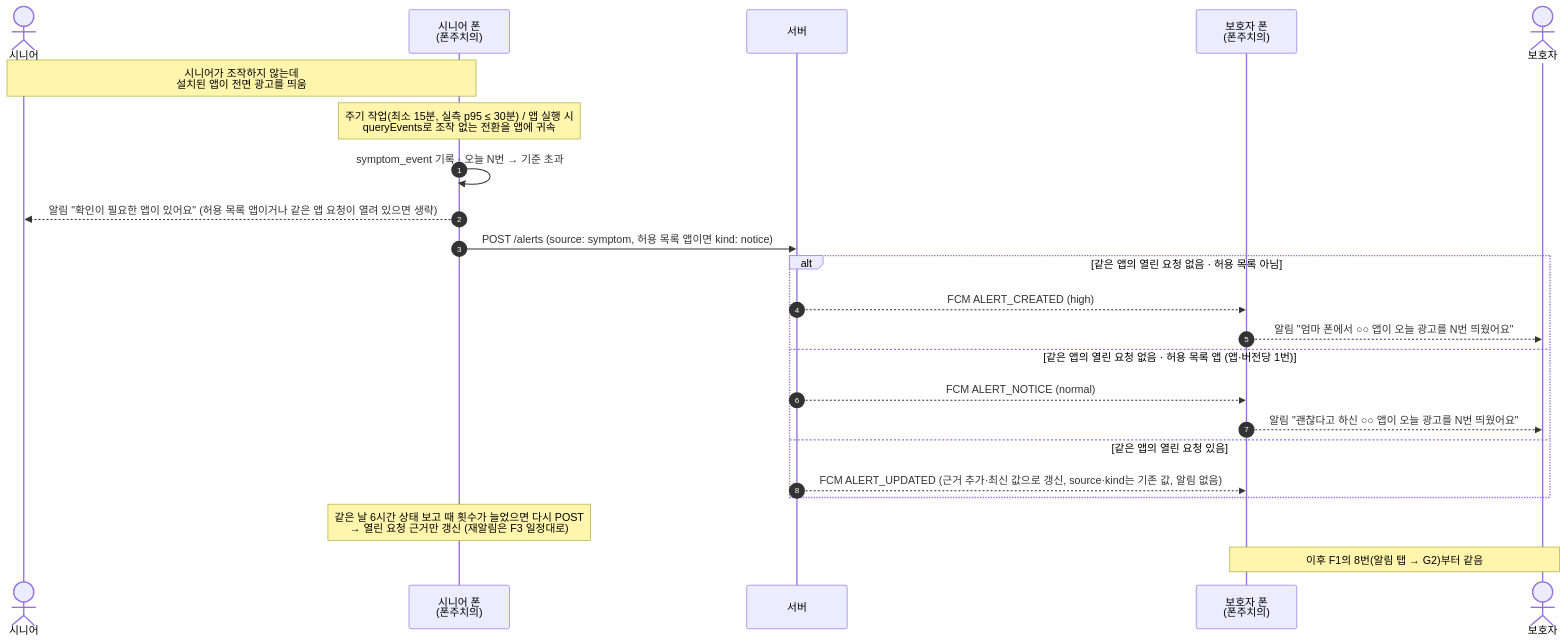
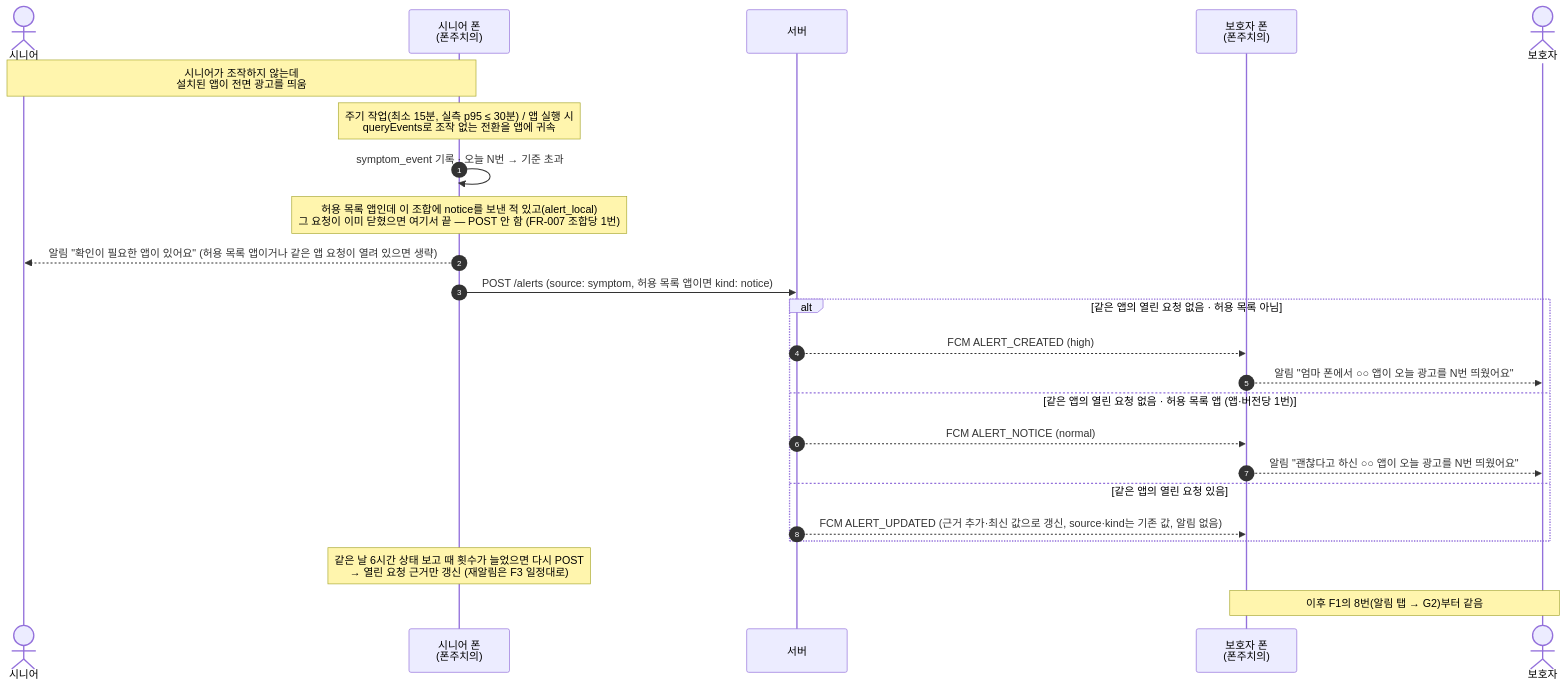
Before and after one commit to inq-o/phonedoctor: the first of 5 diagrams in specs/001-mvp/ux-flows.md, drawn with Mermaid. The commit also changed 4 other files, not shown here.

````diff
--- a/specs/001-mvp/ux-flows.md
+++ b/specs/001-mvp/ux-flows.md
@@ -61,26 +61,27 @@
 ```mermaid
 sequenceDiagram
     autonumber
     actor 시니어
     participant SP as 시니어 폰<br/>(폰주치의)
     participant API as 서버
     participant GP as 보호자 폰<br/>(폰주치의)
     actor 보호자
 
     Note over 시니어,SP: 시니어가 조작하지 않는데<br/>설치된 앱이 전면 광고를 띄움
     Note over SP: 주기 작업(최소 15분, 실측 p95 ≤ 30분) / 앱 실행 시<br/>queryEvents로 조작 없는 전환을 앱에 귀속
     SP->>SP: symptom_event 기록 · 오늘 N번 → 기준 초과
+    Note over SP: 허용 목록 앱인데 이 조합에 notice를 보낸 적 있고(alert_local)<br/>그 요청이 이미 닫혔으면 여기서 끝 — POST 안 함 (FR-007 조합당 1번)
     SP-->>시니어: 알림 "확인이 필요한 앱이 있어요" (허용 목록 앱이거나 같은 앱 요청이 열려 있으면 생략)
     SP->>API: POST /alerts (source: symptom, 허용 목록 앱이면 kind: notice)
     alt 같은 앱의 열린 요청 없음 · 허용 목록 아님
         API-->>GP: FCM ALERT_CREATED (high)
         GP-->>보호자: 알림 "엄마 폰에서 ○○ 앱이 오늘 광고를 N번 띄웠어요"
     else 같은 앱의 열린 요청 없음 · 허용 목록 앱 (앱·버전당 1번)
         API-->>GP: FCM ALERT_NOTICE (normal)
         GP-->>보호자: 알림 "괜찮다고 하신 ○○ 앱이 오늘 광고를 N번 띄웠어요"
     else 같은 앱의 열린 요청 있음
         API-->>GP: FCM ALERT_UPDATED (근거 추가·최신 값으로 갱신, source·kind는 기존 값, 알림 없음)
     end
     Note over SP: 같은 날 6시간 상태 보고 때 횟수가 늘었으면 다시 POST<br/>→ 열린 요청 근거만 갱신 (재알림은 F3 일정대로)
     Note over 보호자,GP: 이후 F1의 8번(알림 탭 → G2)부터 같음
 ```
````
